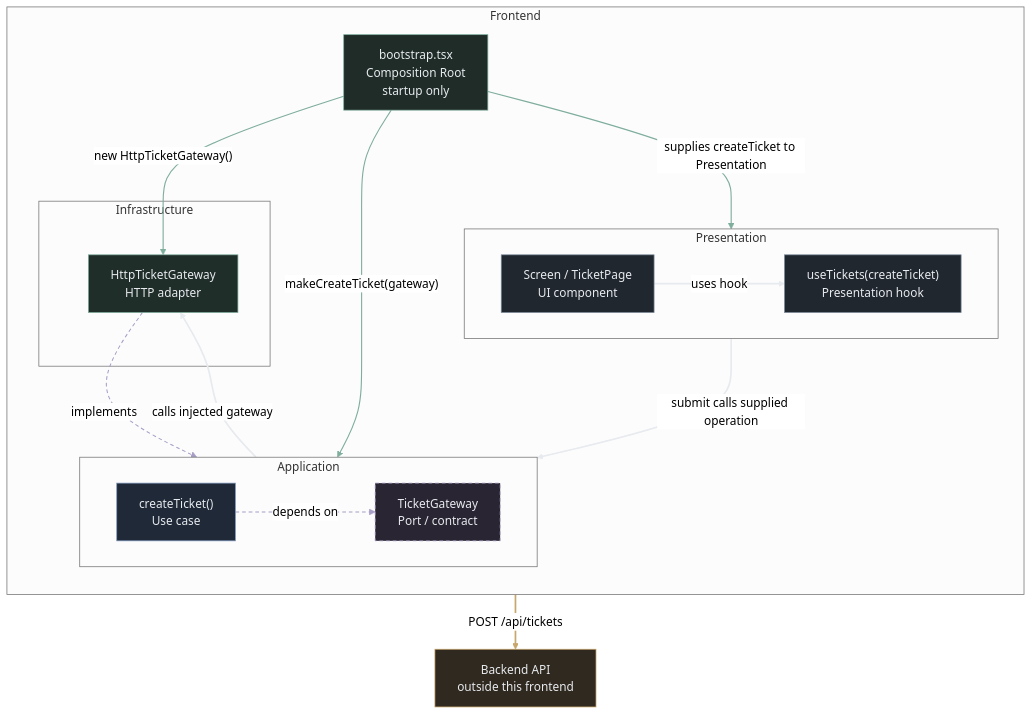
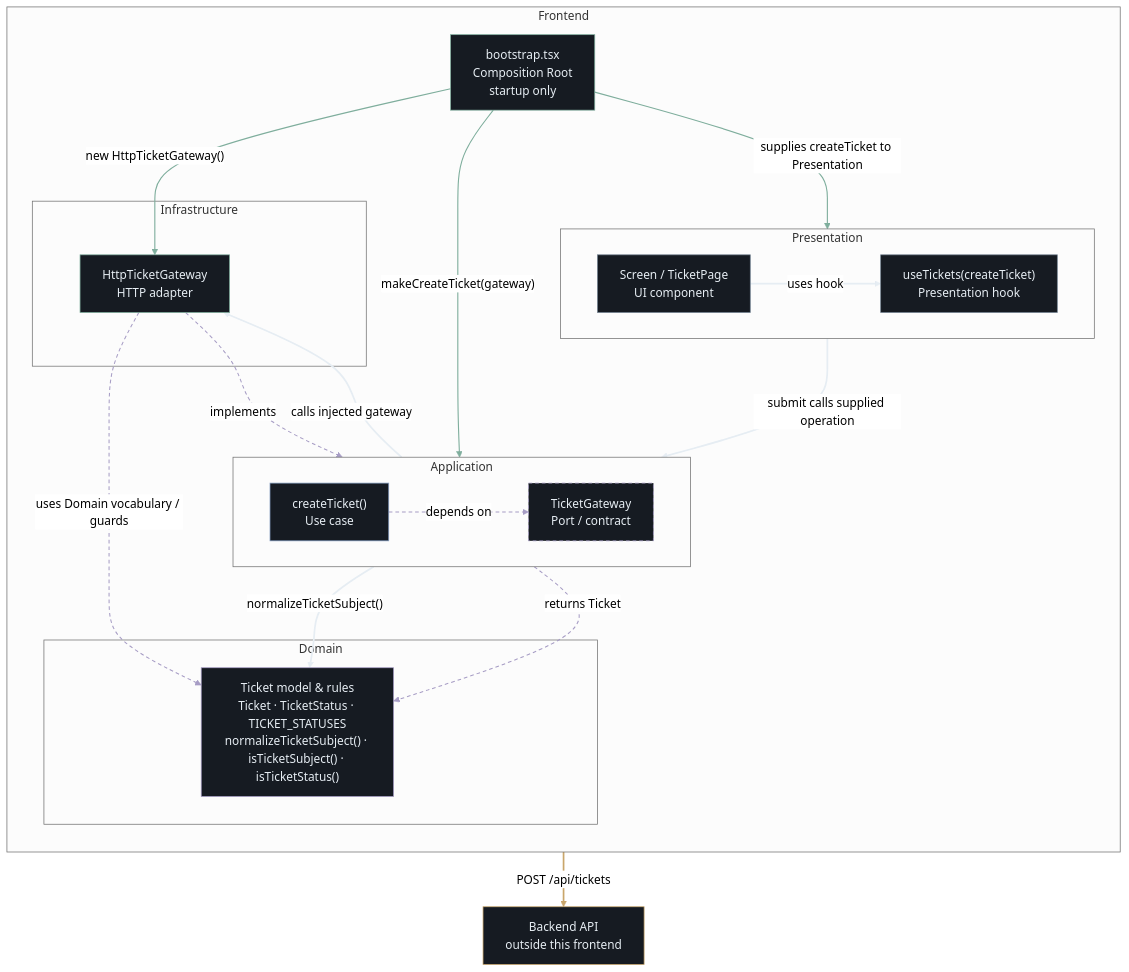
One commit to AndresTaoFlorez/software-architecture changed the diagram in frontend/ports-and-adapters.md. Above: the diagram before and after it, drawn with Mermaid (neutral theme). The commit also changed other lines of this file and 1 other file, not shown here.

Commit message:
docs: make Domain explicit in Ports and Adapters visual

````diff
--- a/frontend/ports-and-adapters.md
+++ b/frontend/ports-and-adapters.md
@@ -36,55 +42,65 @@
 ```mermaid
 flowchart TB
     subgraph FRONTEND["Frontend"]
         direction TB
 
         subgraph PRESENTATION["Presentation"]
             direction LR
             SCREEN["Screen / TicketPage<br/>UI component"]
             HOOK["useTickets(createTicket)<br/>Presentation hook"]
             SCREEN ==>|"uses hook"| HOOK
         end
 
         subgraph APPLICATION["Application"]
             direction LR
             PORT["TicketGateway<br/>Port / contract"]
             USECASE["createTicket()<br/>Use case"]
             USECASE -.->|"depends on"| PORT
         end
 
+        subgraph DOMAIN["Domain"]
+            DOMAIN_MODEL["Ticket model & rules<br/>Ticket · TicketStatus · TICKET_STATUSES<br/>normalizeTicketSubject() · isTicketSubject() · isTicketStatus()"]
+        end
+
         subgraph INFRASTRUCTURE["Infrastructure"]
             ADAPTER["HttpTicketGateway<br/>HTTP adapter"]
         end
 
         HOOK ==>|"submit calls supplied operation"| USECASE
+        USECASE ==>|"normalizeTicketSubject()"| DOMAIN_MODEL
         USECASE ==>|"calls injected gateway"| ADAPTER
+
+        PORT -.->|"returns Ticket"| DOMAIN_MODEL
         ADAPTER -.->|"implements"| PORT
+        ADAPTER -.->|"uses Domain vocabulary / guards"| DOMAIN_MODEL
 
         BOOT["bootstrap.tsx<br/>Composition Root<br/>startup only"]
         BOOT -->|"new HttpTicketGateway()"| ADAPTER
         BOOT -->|"makeCreateTicket(gateway)"| USECASE
         BOOT -->|"supplies createTicket to Presentation"| HOOK
     end
 
     API["Backend API<br/>outside this frontend"]
     ADAPTER ==>|"POST /api/tickets"| API
 
-    classDef presentation fill:#20272f,stroke:#7f8c9c,color:#e7eaee
-    classDef application fill:#202938,stroke:#7f98bc,color:#e7eaee
-    classDef port fill:#292532,stroke:#a79dc5,color:#e7eaee,stroke-dasharray:5 4
-    classDef adapter fill:#202e29,stroke:#7fae9d,color:#e7eaee
-    classDef composition fill:#1f2c28,stroke:#7fae9d,color:#e7eaee
-    classDef external fill:#30291f,stroke:#c9a66b,color:#e7eaee
+    classDef presentation fill:#161b22,stroke:#748392,color:#e6edf3
+    classDef application fill:#161b22,stroke:#7f98bc,color:#e6edf3
+    classDef port fill:#161b22,stroke:#a79dc5,color:#e6edf3,stroke-dasharray:5 4
+    classDef domain fill:#161b22,stroke:#a79dc5,color:#e6edf3
+    classDef adapter fill:#161b22,stroke:#7fae9d,color:#e6edf3
+    classDef composition fill:#161b22,stroke:#7fae9d,color:#e6edf3
+    classDef external fill:#161b22,stroke:#c9a66b,color:#e6edf3
 
     class SCREEN,HOOK presentation
     class USECASE application
     class PORT port
+    class DOMAIN_MODEL domain
     class ADAPTER adapter
     class BOOT composition
     class API external
 
-    linkStyle 0,2,3 stroke:#e7eaee,stroke-width:2.3px
-    linkStyle 1,4 stroke:#a79dc5,stroke-width:1.4px,stroke-dasharray:5 4
-    linkStyle 5,6,7 stroke:#7fae9d,stroke-width:1.5px
-    linkStyle 8 stroke:#c9a66b,stroke-width:2.3px
+    linkStyle 0,2,3,4 stroke:#e6edf3,stroke-width:2.3px
+    linkStyle 1,5,6,7 stroke:#a79dc5,stroke-width:1.4px,stroke-dasharray:5 4
+    linkStyle 8,9,10 stroke:#7fae9d,stroke-width:1.5px
+    linkStyle 11 stroke:#c9a66b,stroke-width:2.3px
 ```
````
